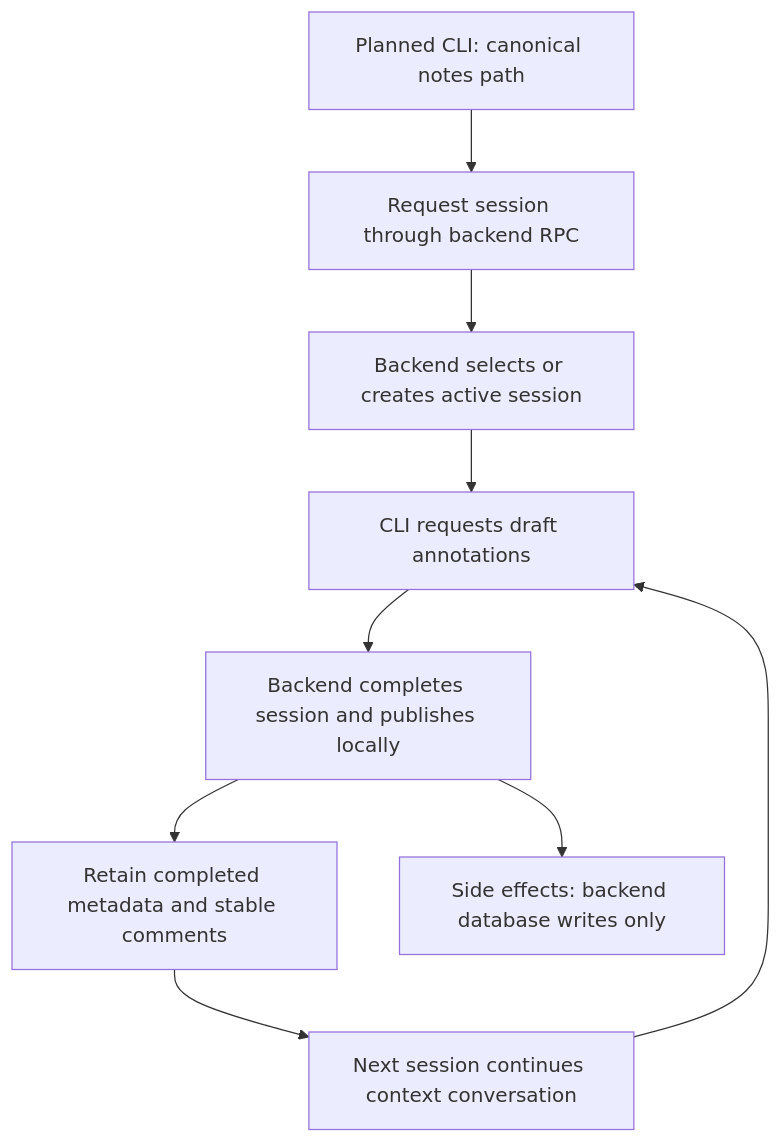
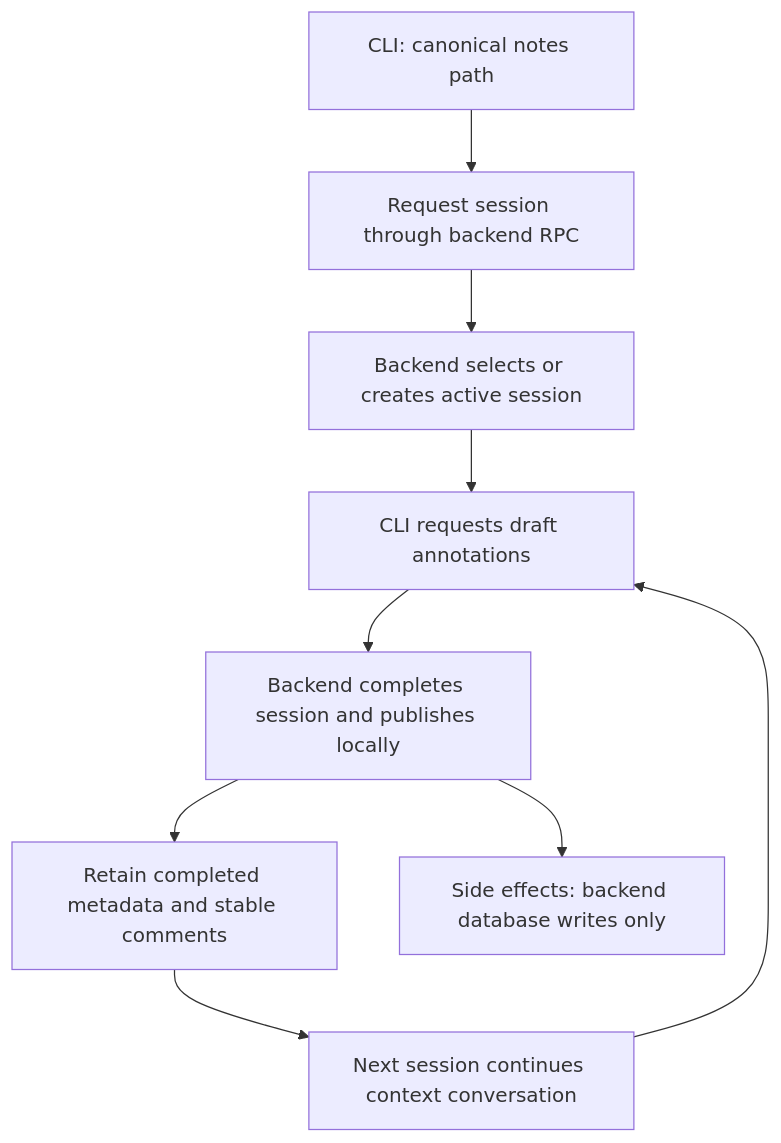
The third of 5 diagrams in docs/architecture/cli/index.md (difflab-io/lgtm), drawn with Mermaid before and after one commit. The commit also changed other lines of this file and 106 other files, not shown here.

````diff
--- a/docs/architecture/cli/index.md
+++ b/docs/architecture/cli/index.md
@@ -75,11 +75,11 @@
 ```mermaid
 flowchart TD
-    P["Planned CLI: canonical notes path"] --> RPC["Request session through backend RPC"]
+    P["CLI: canonical notes path"] --> RPC["Request session through backend RPC"]
     RPC --> S["Backend selects or creates active session"]
     S --> D["CLI requests draft annotations"]
     D --> C["Backend completes session and publishes locally"]
     C --> H["Retain completed metadata and stable comments"]
     H --> N["Next session continues context conversation"]
     N --> D
     C --> E["Side effects: backend database writes only"]
 ```
````
